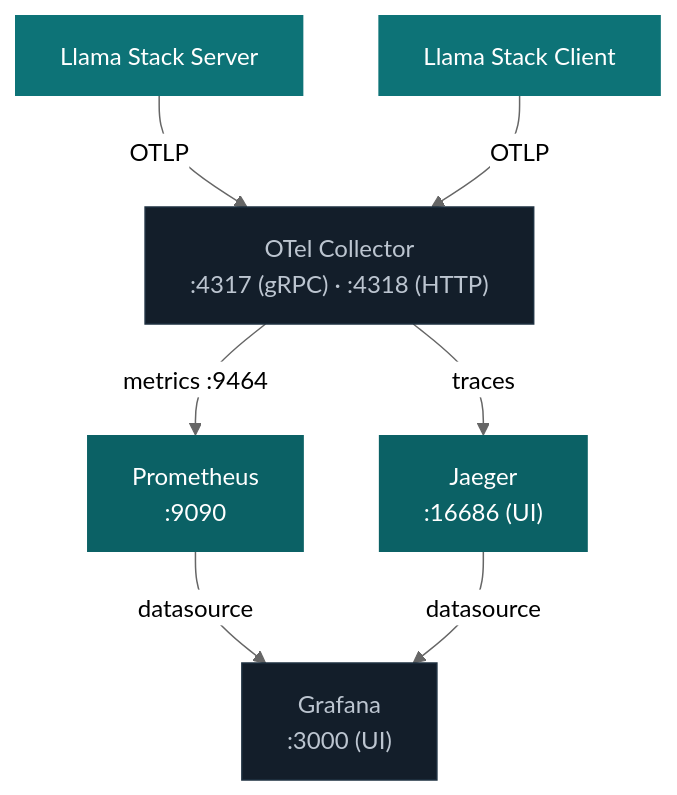
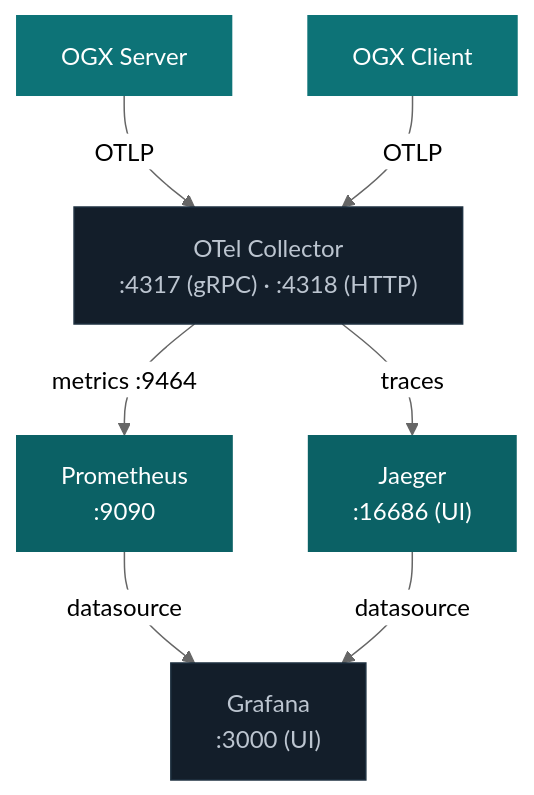
The diagram in docs/docs/building_applications/telemetry.mdx (skamenan7/llama-stack), drawn with Mermaid (neutral theme) before and after one commit. The commit also changed other lines of this file and 2206 other files, not shown here.

First line of the commit message:
chore!: rename project from llama-stack to ogx (#5613)

````diff
--- a/docs/docs/building_applications/telemetry.mdx
+++ b/docs/docs/building_applications/telemetry.mdx
@@ -48,23 +48,23 @@
 ```mermaid
 flowchart TD
-    LS["Llama Stack Server"]
-    App["Llama Stack Client"]
+    LS["OGX Server"]
+    App["OGX Client"]
     Collector["OTel Collector\n:4317 (gRPC) · :4318 (HTTP)"]
     Jaeger["Jaeger\n:16686 (UI)"]
     Prometheus["Prometheus\n:9090"]
     Grafana["Grafana\n:3000 (UI)"]
 
     LS -- "OTLP" --> Collector
     App -- "OTLP" --> Collector
     Collector -- "traces" --> Jaeger
     Collector -- "metrics :9464" --> Prometheus
     Prometheus -- "datasource" --> Grafana
     Jaeger -- "datasource" --> Grafana
 
     style LS fill:#0d7377,color:#fff,stroke:none
     style App fill:#0d7377,color:#fff,stroke:none
     style Collector fill:#131e2a,color:#bcc5d0,stroke:#1e3040
     style Jaeger fill:#0b6165,color:#fff,stroke:none
     style Prometheus fill:#0b6165,color:#fff,stroke:none
     style Grafana fill:#131e2a,color:#bcc5d0,stroke:#1e3040
 ```
````
